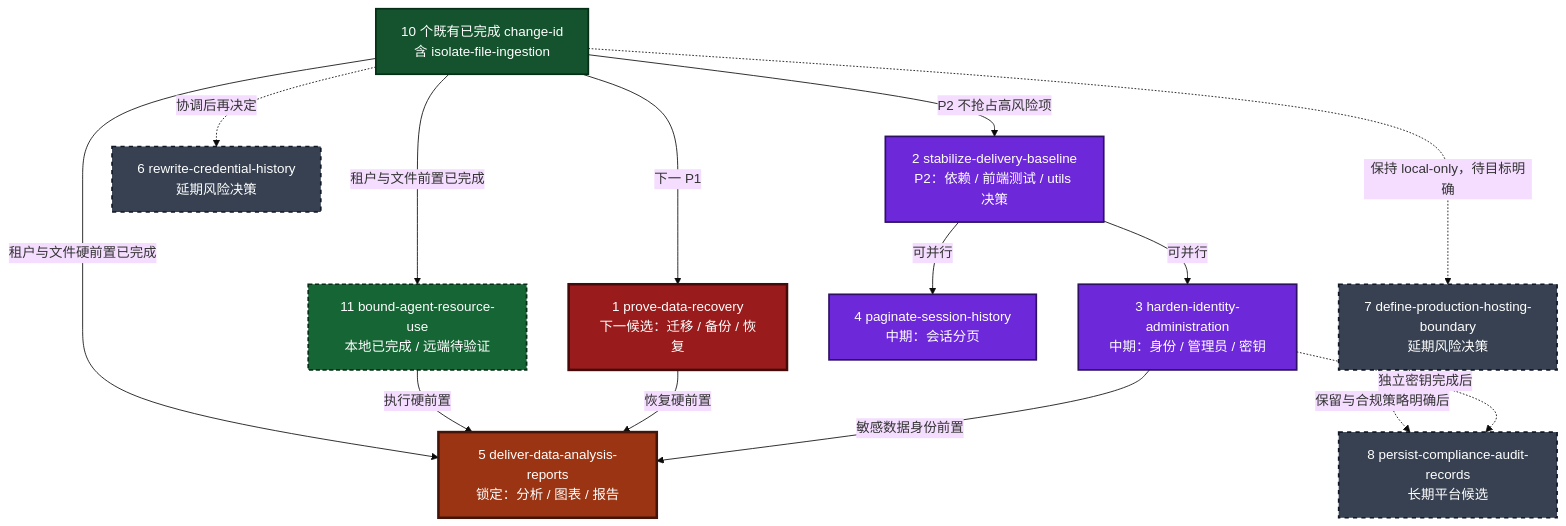
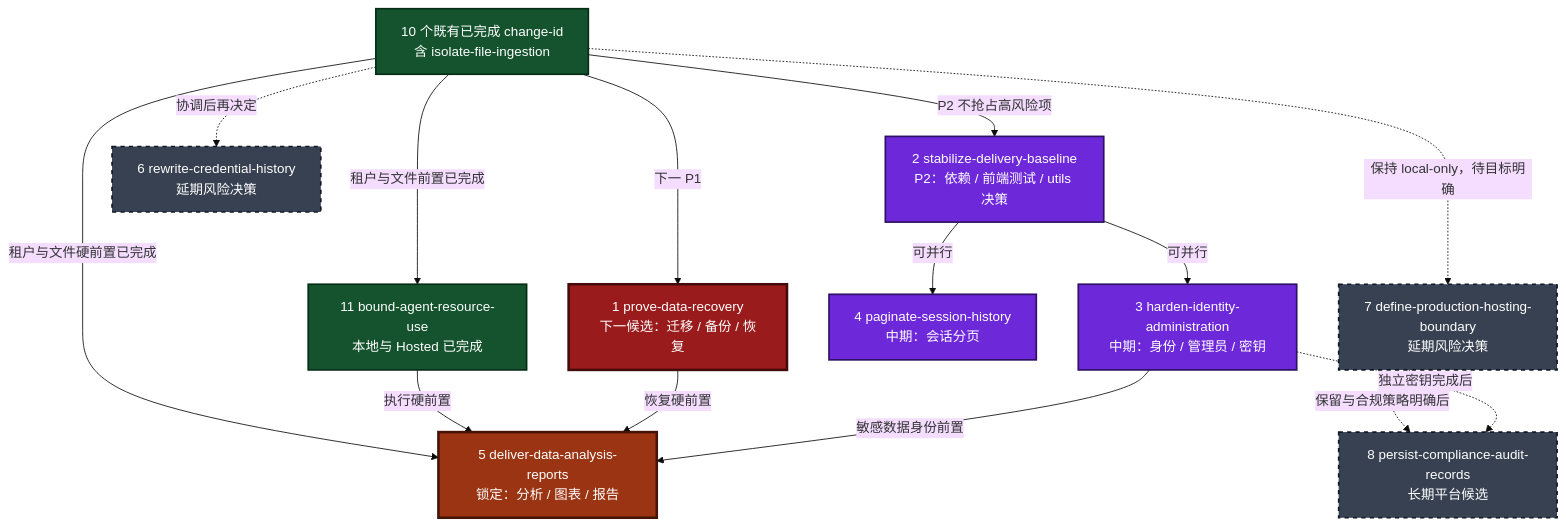
The diagram in .trae/documents/roadmap.md (jwj911/deep_data_agent), drawn with Mermaid (base theme) before and after one commit. The commit also changed other lines of this file and 6 other files, not shown here.

Commit message:
docs: record agent resource use acceptance

````diff
--- a/.trae/documents/roadmap.md
+++ b/.trae/documents/roadmap.md
@@ -57,41 +57,40 @@
 ```mermaid
 flowchart TD
     DONE["10 个既有已完成 change-id<br/>含 isolate-file-ingestion"]:::completed
-    BUDGET["11 bound-agent-resource-use<br/>本地已完成 / 远端待验证"]:::local
+    BUDGET["11 bound-agent-resource-use<br/>本地与 Hosted 已完成"]:::completed
 
     RECOVERY["1 prove-data-recovery<br/>下一候选：迁移 / 备份 / 恢复"]:::critical
     BASE["2 stabilize-delivery-baseline<br/>P2：依赖 / 前端测试 / utils 决策"]:::medium
 
     IDENTITY["3 harden-identity-administration<br/>中期：身份 / 管理员 / 密钥"]:::medium
     PAGE["4 paginate-session-history<br/>中期：会话分页"]:::medium
     ANALYSIS["5 deliver-data-analysis-reports<br/>锁定：分析 / 图表 / 报告"]:::locked
 
     HISTORY["6 rewrite-credential-history<br/>延期风险决策"]:::deferred
     HOSTING["7 define-production-hosting-boundary<br/>延期风险决策"]:::deferred
     AUDIT["8 persist-compliance-audit-records<br/>长期平台候选"]:::deferred
 
     DONE -->|租户与文件前置已完成| BUDGET
     DONE -->|下一 P1| RECOVERY
     DONE -->|P2 不抢占高风险项| BASE
 
     BASE -->|可并行| IDENTITY
     BASE -->|可并行| PAGE
 
     DONE -->|租户与文件硬前置已完成| ANALYSIS
     BUDGET -->|执行硬前置| ANALYSIS
     RECOVERY -->|恢复硬前置| ANALYSIS
     IDENTITY -->|敏感数据身份前置| ANALYSIS
 
     DONE -.->|协调后再决定| HISTORY
     DONE -.->|保持 local-only，待目标明确| HOSTING
     HOSTING -.->|保留与合规策略明确后| AUDIT
     IDENTITY -.->|独立密钥完成后| AUDIT
 
     classDef completed fill:#14532d,color:#ffffff,stroke:#052e16,stroke-width:2px;
-    classDef local fill:#166534,color:#ffffff,stroke:#052e16,stroke-width:2px,stroke-dasharray:5 3;
     classDef critical fill:#991b1b,color:#ffffff,stroke:#450a0a,stroke-width:3px;
     classDef parallel fill:#1d4ed8,color:#ffffff,stroke:#172554,stroke-width:2px;
     classDef medium fill:#6d28d9,color:#ffffff,stroke:#2e1065,stroke-width:2px;
     classDef locked fill:#9a3412,color:#ffffff,stroke:#431407,stroke-width:3px;
     classDef deferred fill:#374151,color:#ffffff,stroke:#111827,stroke-width:2px,stroke-dasharray:5 5;
 ```
````
